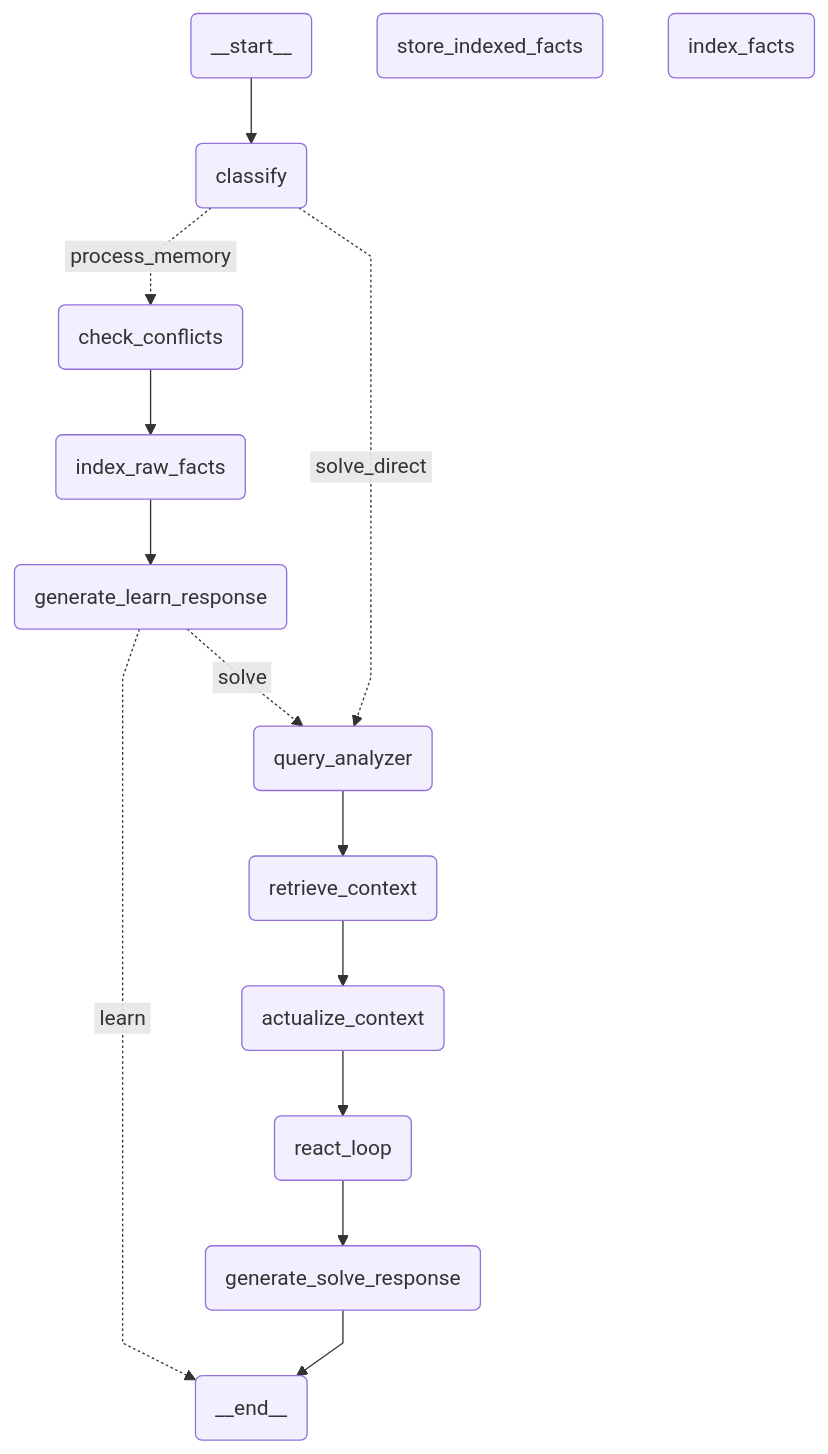
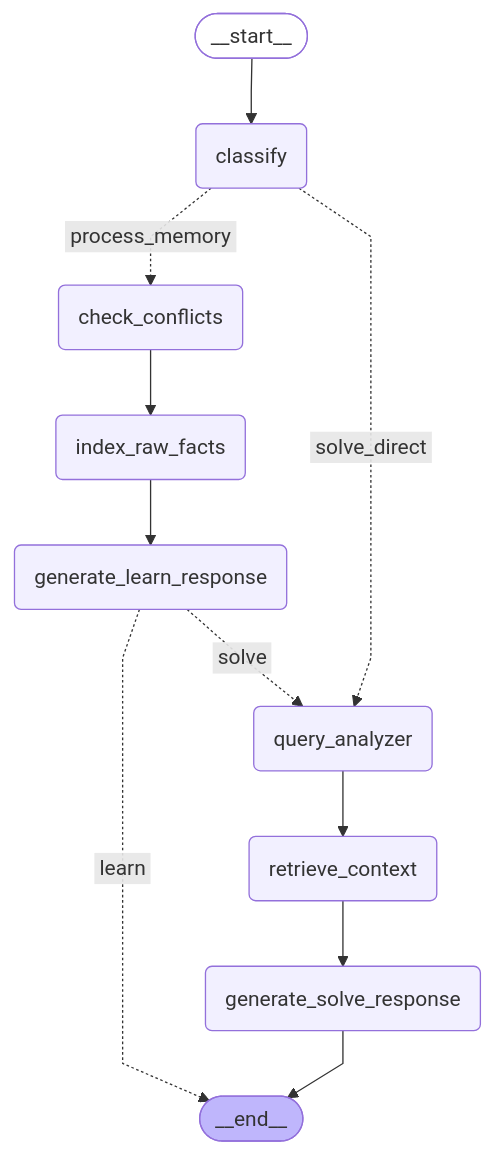
Before and after one commit to isamarcev/AI-graphiti-lapallm: the diagram in scripts/graph.mmd, drawn with Mermaid. The commit also changed 9 other files, not shown here.

```diff
--- a/scripts/graph.mmd
+++ b/scripts/graph.mmd
@@ -1,34 +1,28 @@
 ---
 config:
   flowchart:
     curve: linear
 ---
 graph TD;
-	__start__(<p>__start__</p>)
+	__start__([<p>__start__</p>]):::first
 	classify(classify)
 	check_conflicts(check_conflicts)
 	query_analyzer(query_analyzer)
 	retrieve_context(retrieve_context)
-	react_loop(react_loop)
 	generate_solve_response(generate_solve_response)
 	generate_learn_response(generate_learn_response)
-	store_indexed_facts(store_indexed_facts)
-	index_facts(index_facts)
 	index_raw_facts(index_raw_facts)
-	actualize_context(actualize_context)
-	__end__(<p>__end__</p>)
+	__end__([<p>__end__</p>]):::last
 	__start__ --> classify;
-	actualize_context --> react_loop;
 	check_conflicts --> index_raw_facts;
 	classify -. &nbsp;process_memory&nbsp; .-> check_conflicts;
 	classify -. &nbsp;solve_direct&nbsp; .-> query_analyzer;
 	generate_learn_response -. &nbsp;learn&nbsp; .-> __end__;
 	generate_learn_response -. &nbsp;solve&nbsp; .-> query_analyzer;
 	index_raw_facts --> generate_learn_response;
 	query_analyzer --> retrieve_context;
-	react_loop --> generate_solve_response;
-	retrieve_context --> actualize_context;
+	retrieve_context --> generate_solve_response;
 	generate_solve_response --> __end__;
 	classDef default fill:#f2f0ff,line-height:1.2
 	classDef first fill-opacity:0
 	classDef last fill:#bfb6fc
```
